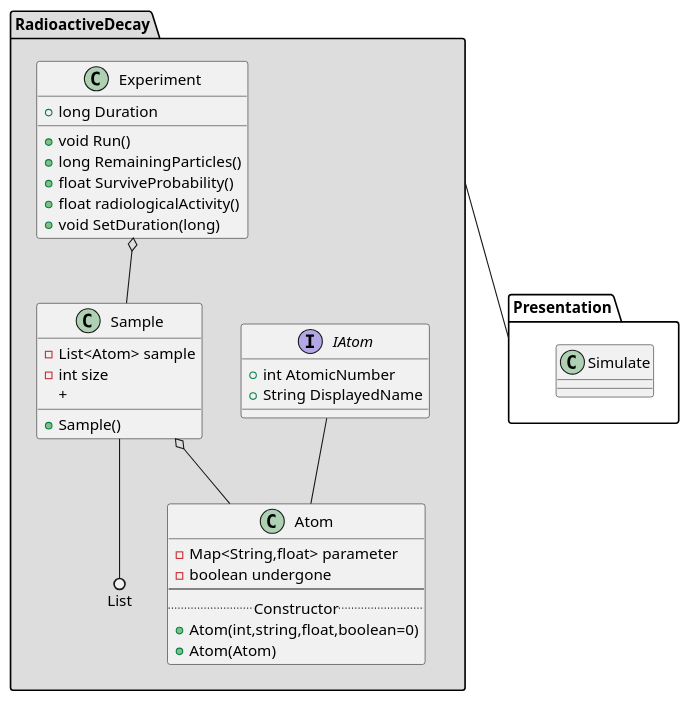
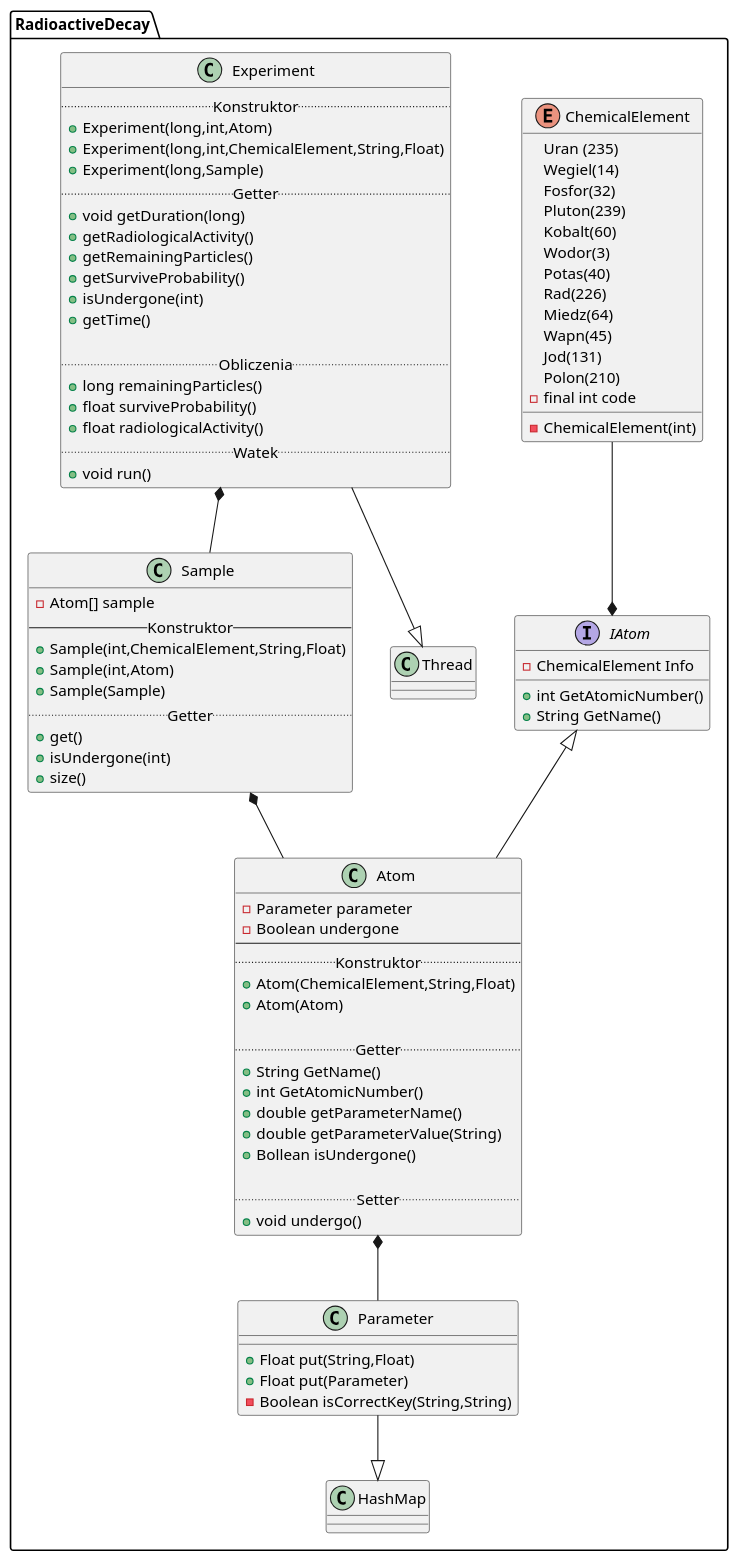
One commit to doma2203/RadioactiveDecay changed the diagram in docs/uml.puml. Above: the diagram before and after it, drawn with PlantUML. The commit also changed 44 other files, not shown here.

Commit message:
Dokumentacja, nowy UML, dopisanie konstruktorów

```diff
--- a/docs/uml.puml
+++ b/docs/uml.puml
@@ -1,57 +1,94 @@
 @startuml
-package RadioactiveDecay #DDDDDD {
-  IAtom -- Atom
-  Sample o-- Atom
-  Sample --() List
+package RadioactiveDecay  {
+  ChemicalElement --* IAtom
+  IAtom <|-- Atom
+  Atom *-- Parameter
+  Sample *-- Atom
+  Experiment --|> Thread
+  Experiment *-- Sample
+  Parameter --|> HashMap
+  interface IAtom{
+    - ChemicalElement Info
+    + int GetAtomicNumber()
+    + String GetName()
 
-  Experiment o--Sample
+  }
 
-  interface IAtom{
-    + int AtomicNumber
-    + String DisplayedName
+  enum ChemicalElement{
+    {field} Uran (235)
+    {field} Wegiel(14)
+    {field} Fosfor(32)
+    {field} Pluton(239)
+    {field} Kobalt(60)
+    {field} Wodor(3)
+    {field} Potas(40)
+    {field} Rad(226)
+    {field} Miedz(64)
+    {field} Wapn(45)
+    {field} Jod(131)
+    {field} Polon(210)
+    - final int code
+    - ChemicalElement(int)
+
   }
 
 class Atom{
-  - Map<String,float> parameter
-  - boolean undergone
+  - Parameter parameter
+  - Boolean undergone
   --
-  ..Constructor..
-  + Atom(int,string,float,boolean=0)
+  ..Konstruktor..
+  + Atom(ChemicalElement,String,Float)
   + Atom(Atom)
-  /'..Getters..
-  + double GetHalflife()
-  + double GetDecayConstant()
-  + double IsUndergone()
-  ..Setters..
-  + double SetHalflife(double)
-  + double SetDecayConstant(duuble)
-  + double SetUndergone(boolean)
-  '/
+
+  ..Getter..
+  + String GetName()
+  + int GetAtomicNumber()
+  + double getParameterName()
+  + double getParameterValue(String)
+  + Bollean isUndergone()
+
+  ..Setter..
+  +void undergo()
 }
 
+class Parameter{
++Float put(String,Float)
++Float put(Parameter)
+-Boolean isCorrectKey(String,String)
 
+}
 
 class Sample{
-  - List<Atom> sample
-  - int size
-  +Sample()
-  +
+  - Atom[] sample
+  --Konstruktor--
+  +Sample(int,ChemicalElement,String,Float)
+  +Sample(int,Atom)
+  +Sample(Sample)
+  ..Getter..
+  +get()
+  +isUndergone(int)
+  +size()
 }
+
 class Experiment{
-  +long Duration
-  +void Run()
-  +long RemainingParticles()
-  +float SurviveProbability()
+  ..Konstruktor..
+  +Experiment(long,int,Atom)
+  +Experiment(long,int,ChemicalElement,String,Float)
+  +Experiment(long,Sample)
+  ..Getter..
+  +void getDuration(long)
+  +getRadiologicalActivity()
+  +getRemainingParticles()
+  +getSurviveProbability()
+  +isUndergone(int)
+  +getTime()
+
+ ..Obliczenia..
+  +long remainingParticles()
+  +float surviveProbability()
   +float radiologicalActivity()
-  +void SetDuration(long)
+  ..Watek..
+  +void run()
 }
 }
-
-
-namespace Presentation{
-  class Simulate{
-
-  }
-}
-RadioactiveDecay -- Presentation
 @enduml
```
